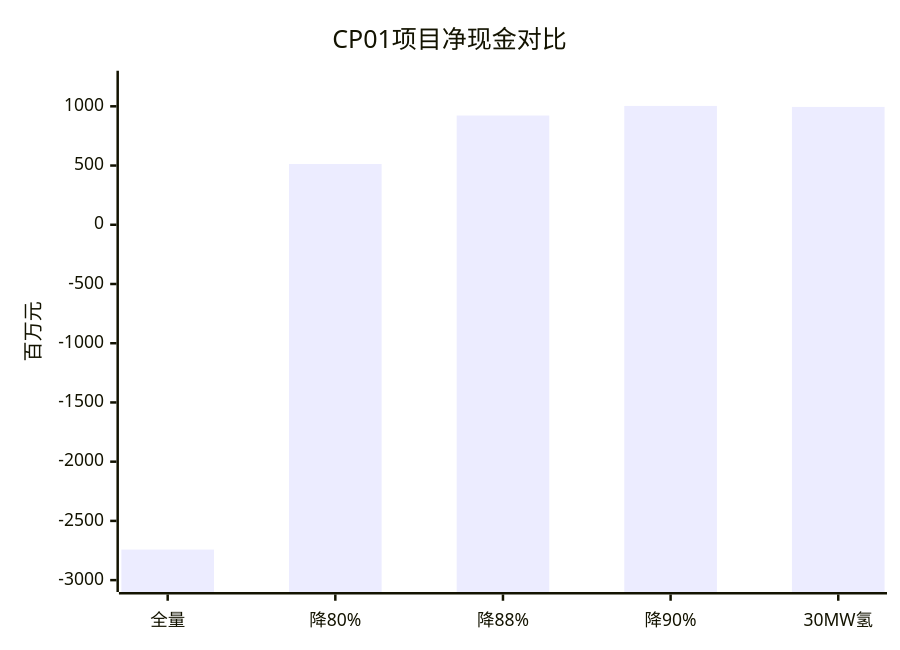
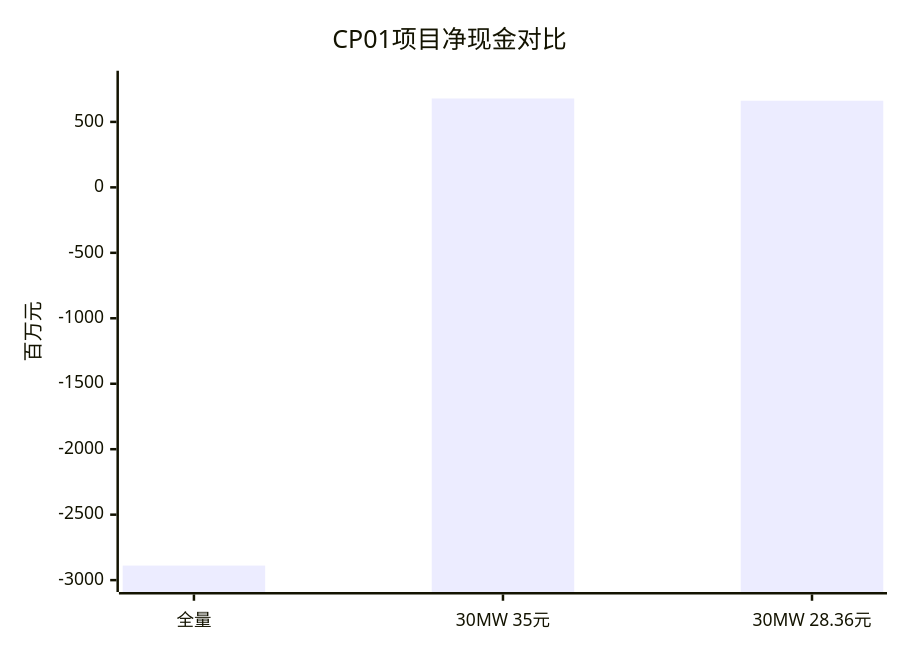
Before and after one commit to LIJunHong659/Blue-Ocean-Mode: the tenth of 10 diagrams in C5/场景设计与四方案对比及收益转正分析.md, drawn with Mermaid. The commit also changed other lines of this file and 17 other files, not shown here.

````diff
--- a/C5/场景设计与四方案对比及收益转正分析.md
+++ b/C5/场景设计与四方案对比及收益转正分析.md
@@ -188,7 +259,7 @@
 ```mermaid
 xychart-beta
     title "CP01项目净现金对比"
-    x-axis ["全量", "降80%", "降88%", "降90%", "30MW氢"]
-    y-axis "百万元" -3000 --> 1200
-    bar [-2742.143, 513.094, 922.069, 1003.161, 994.994]
+    x-axis ["全量", "30MW 35元", "30MW 28.36元"]
+    y-axis "百万元" -3000 --> 800
+    bar [-2888.981, 679.077, 661.659]
 ```
````
